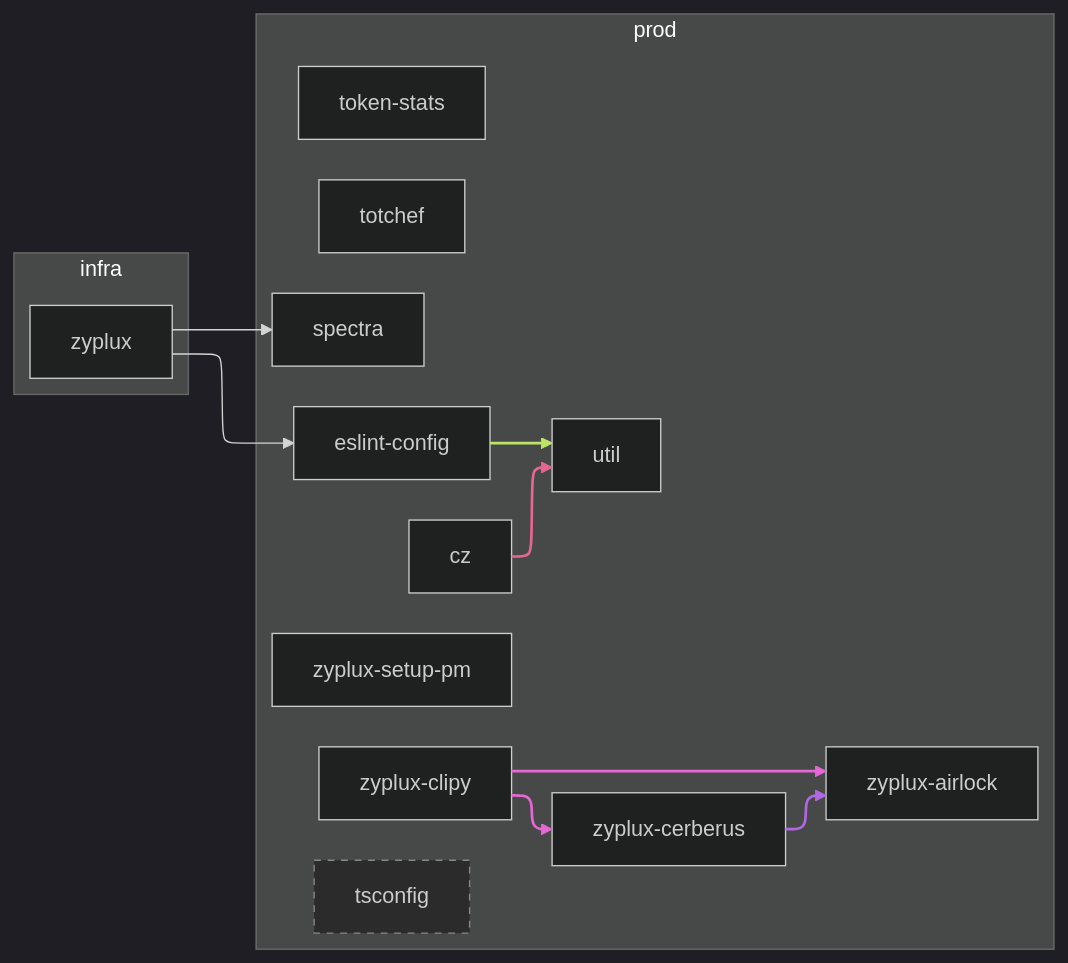
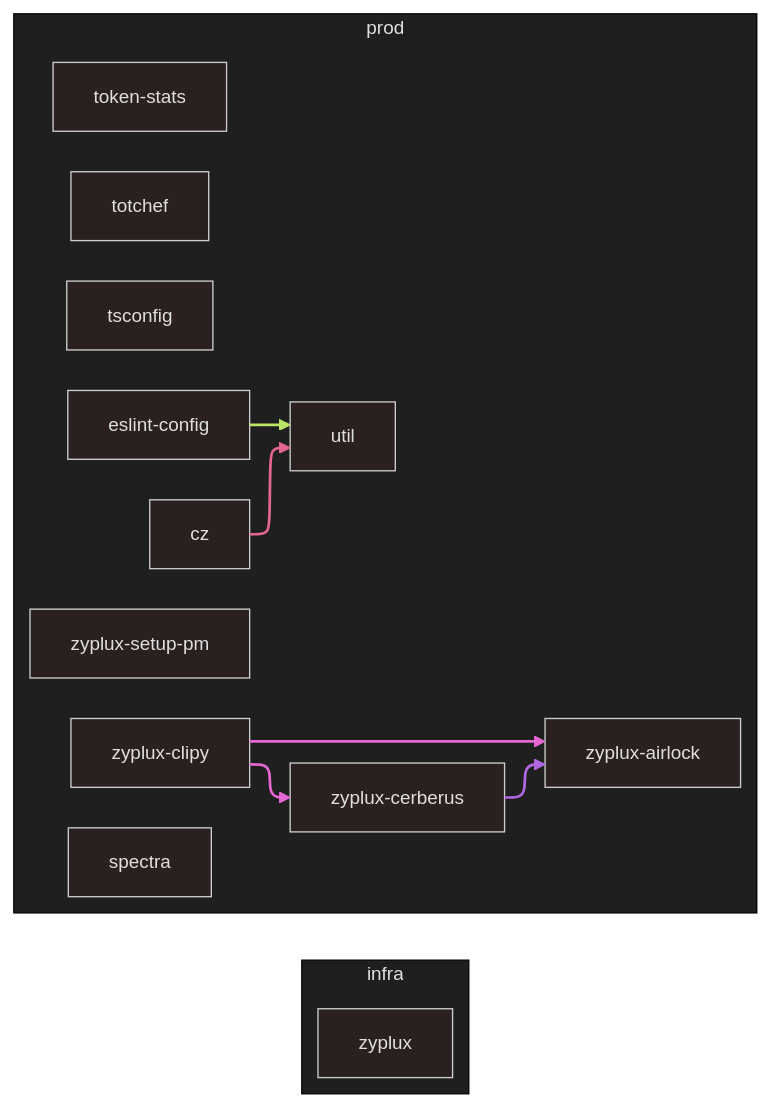
One commit to zyplux/zyplux changed the diagram in WORKSPACE_GRAPH.md. Above: the diagram before and after it, drawn with Mermaid. The commit also changed other lines of this file and 8 other files, not shown here.

First line of the commit message:
Exclude demo and development dependencies from workspace graphs (#67)

````diff
--- a/WORKSPACE_GRAPH.md
+++ b/WORKSPACE_GRAPH.md
@@ -5,40 +5,38 @@
 ```mermaid
 ---
 config:
-  theme: dark
+  theme: neo-dark
   layout: elk
 ---
 flowchart LR
     subgraph group_infra["infra"]
         ws_0["zyplux"]
     end
     subgraph group_prod["prod"]
         ws_1["zyplux-setup-pm"]
         ws_2["zyplux-airlock"]
         ws_3["zyplux-cerberus"]
         ws_4["zyplux-clipy"]
         ws_5["cz"]
         ws_6["token-stats"]
         ws_7["totchef"]
         ws_8["eslint-config"]
         ws_9["spectra"]
-        ws_10["tsconfig"]:::foundation
+        ws_10["tsconfig"]
         ws_11["util"]
     end
-    ws_0 ws_0__ws_8@--> ws_8
-    ws_0 ws_0__ws_9@--> ws_9
     ws_3 ws_3__ws_2@--> ws_2
     classDef ws_3_edges stroke:#b167e4,stroke-width:2px
     class ws_3__ws_2 ws_3_edges
     ws_4 ws_4__ws_2@--> ws_2
     ws_4 ws_4__ws_3@--> ws_3
     classDef ws_4_edges stroke:#e467d3,stroke-width:2px
     class ws_4__ws_2,ws_4__ws_3 ws_4_edges
     ws_5 ws_5__ws_11@--> ws_11
     classDef ws_5_edges stroke:#e4678f,stroke-width:2px
     class ws_5__ws_11 ws_5_edges
     ws_8 ws_8__ws_11@--> ws_11
     classDef ws_8_edges stroke:#bce467,stroke-width:2px
     class ws_8__ws_11 ws_8_edges
     classDef foundation fill:#2b2b2b,stroke:#888,stroke-dasharray:5 5
 ```
````
